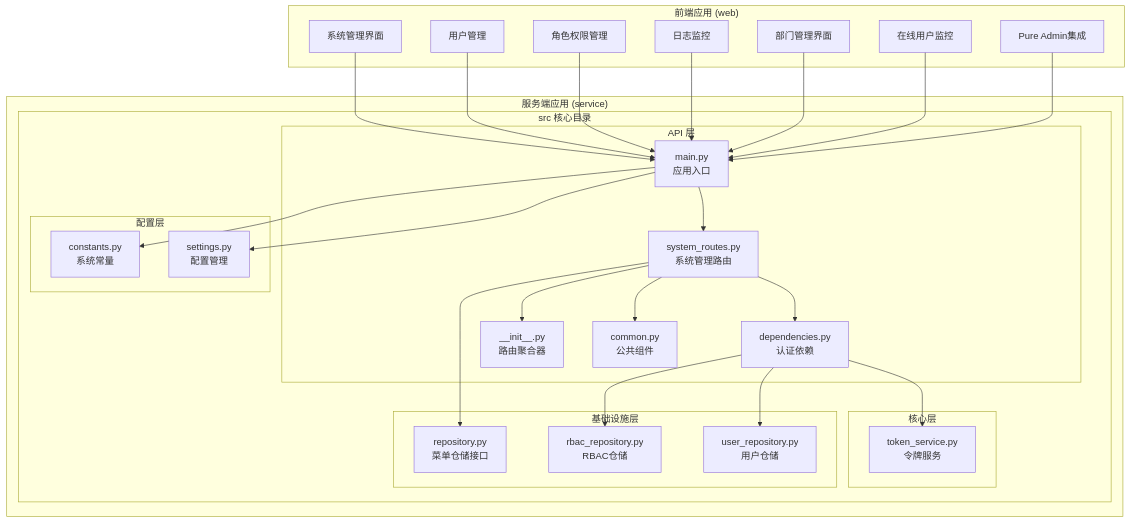
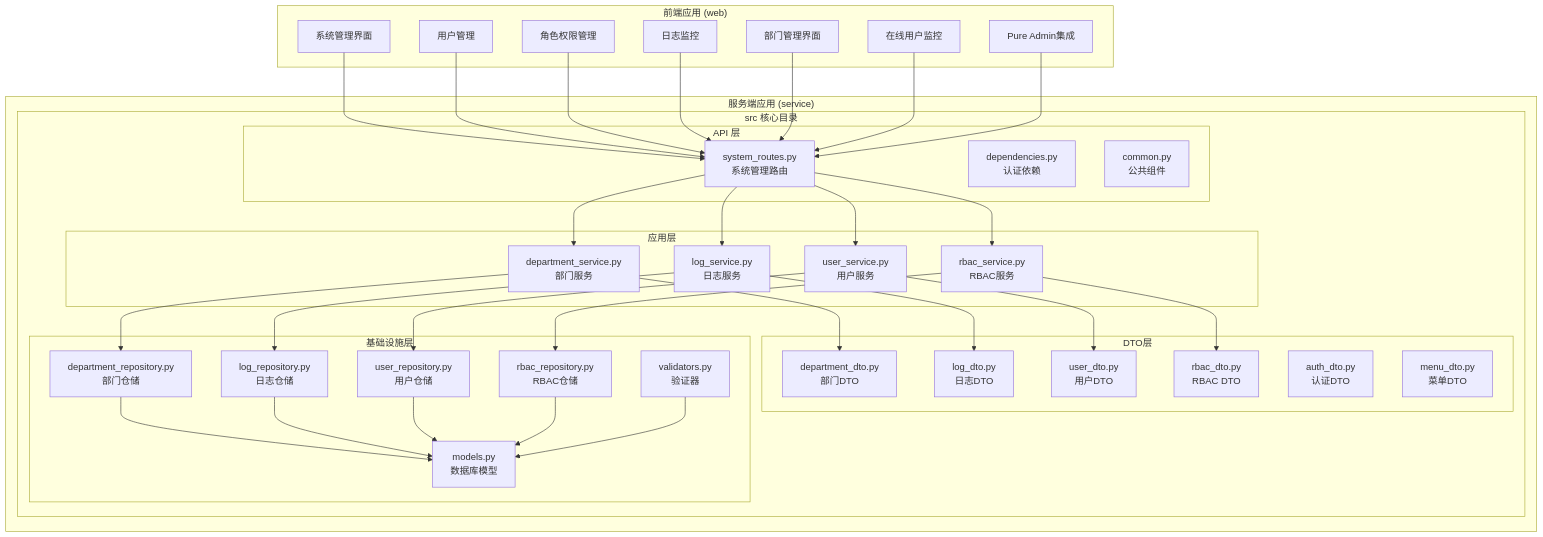
Before and after one commit to taoweidong/Hello-FastApi: the first of 16 diagrams in .qoder/repowiki/zh/content/核心模块/系统管理模块.md, drawn with Mermaid. The commit also changed other lines of this file and 9 other files, not shown here.

````diff
--- a/.qoder/repowiki/zh/content/核心模块/系统管理模块.md
+++ b/.qoder/repowiki/zh/content/核心模块/系统管理模块.md
@@ -63,52 +63,67 @@
 ```mermaid
 graph TB
 subgraph "服务端应用 (service)"
 subgraph "src 核心目录"
 subgraph "API 层"
-A[main.py<br/>应用入口]
-B[system_routes.py<br/>系统管理路由]
-C[dependencies.py<br/>认证依赖]
-D[common.py<br/>公共组件]
-E[__init__.py<br/>路由聚合器]
+A[system_routes.py<br/>系统管理路由]
+B[dependencies.py<br/>认证依赖]
+C[common.py<br/>公共组件]
 end
-subgraph "配置层"
-F[settings.py<br/>配置管理]
-G[constants.py<br/>系统常量]
+subgraph "应用层"
+D[department_service.py<br/>部门服务]
+E[log_service.py<br/>日志服务]
+F[user_service.py<br/>用户服务]
+G[rbac_service.py<br/>RBAC服务]
 end
-subgraph "核心层"
-H[token_service.py<br/>令牌服务]
+subgraph "DTO层"
+H[department_dto.py<br/>部门DTO]
+I[log_dto.py<br/>日志DTO]
+J[user_dto.py<br/>用户DTO]
+K[rbac_dto.py<br/>RBAC DTO]
+L[auth_dto.py<br/>认证DTO]
+M[menu_dto.py<br/>菜单DTO]
 end
 subgraph "基础设施层"
-I[user_repository.py<br/>用户仓储]
-J[rbac_repository.py<br/>RBAC仓储]
-K[repository.py<br/>菜单仓储接口]
+N[department_repository.py<br/>部门仓储]
+O[log_repository.py<br/>日志仓储]
+P[user_repository.py<br/>用户仓储]
+Q[rbac_repository.py<br/>RBAC仓储]
+R[models.py<br/>数据库模型]
+S[validators.py<br/>验证器]
 end
 end
 end
 subgraph "前端应用 (web)"
-L[系统管理界面]
-M[用户管理]
-N[角色权限管理]
-O[日志监控]
-P[部门管理界面]
-Q[在线用户监控]
-R[Pure Admin集成]
+T[系统管理界面]
+U[用户管理]
+V[角色权限管理]
+W[日志监控]
+X[部门管理界面]
+Y[在线用户监控]
+Z[Pure Admin集成]
 end
-A --> B
-B --> C
-B --> D
-B --> E
+A --> D
+A --> E
 A --> F
 A --> G
-C --> H
-C --> I
-C --> J
-B --> K
-L --> A
-M --> A
-N --> A
-O --> A
-P --> A
-Q --> A
-R --> A
+D --> H
+E --> I
+F --> J
+G --> K
+D --> N
+E --> O
+F --> P
+G --> Q
+N --> R
+O --> R
+P --> R
+Q --> R
+S --> R
+T --> A
+U --> A
+V --> A
+W --> A
+X --> A
+Y --> A
+Z --> A
 ```
````
